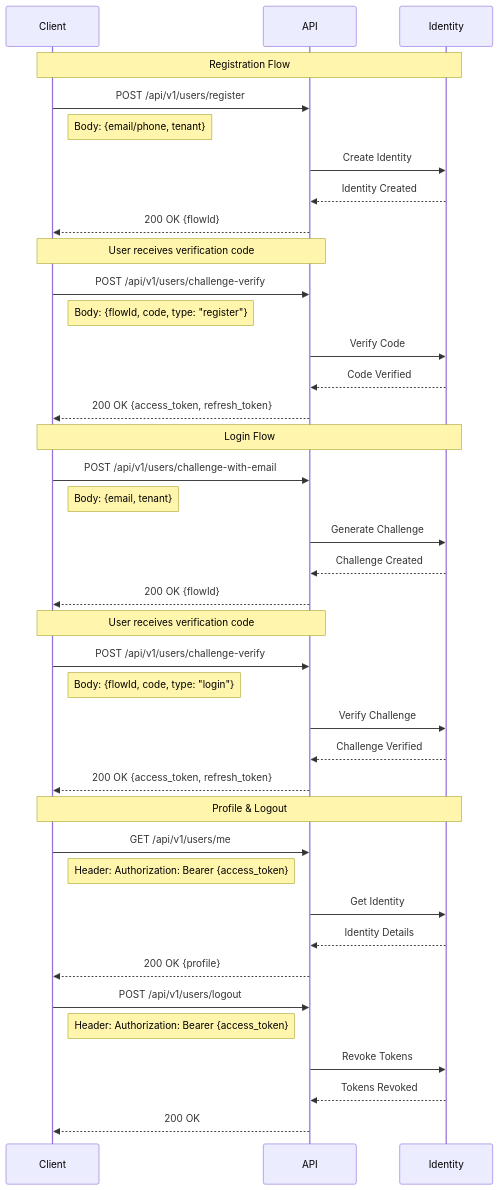
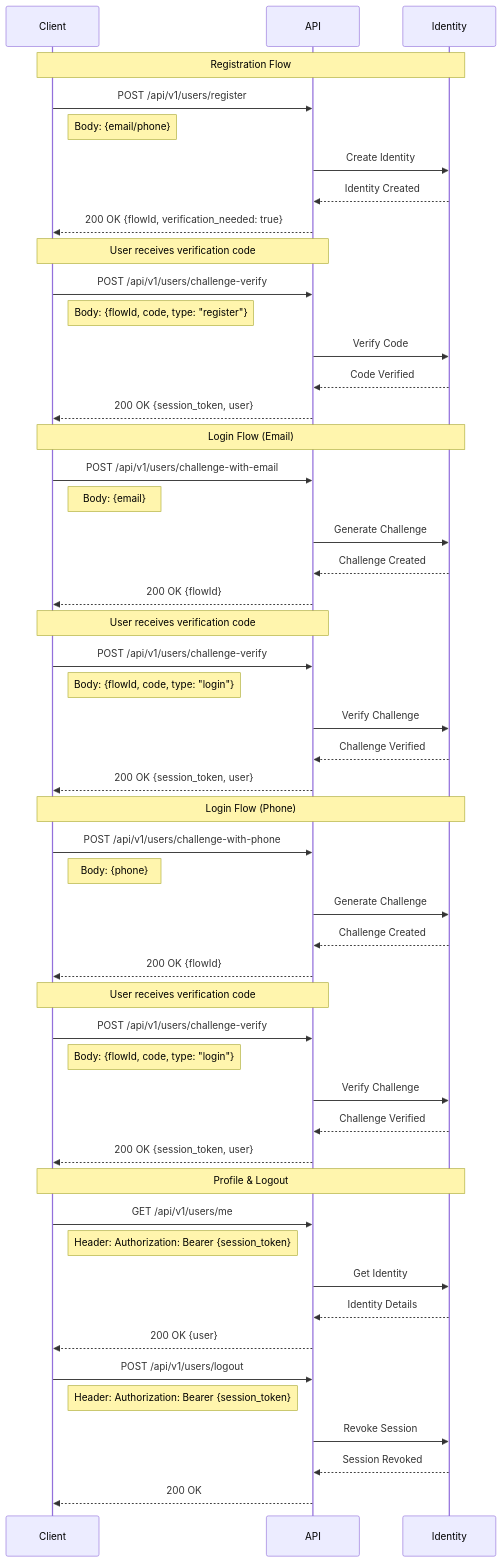
The diagram in dev-docs/Authentication.md (lifenetwork-ai/iam-service), drawn with Mermaid before and after one commit. The commit also changed other lines of this file and 13 other files, not shown here.

````diff
--- a/dev-docs/Authentication.md
+++ b/dev-docs/Authentication.md
@@ -5,44 +5,57 @@
 ```mermaid
 sequenceDiagram
     participant Client
     participant API
     participant Identity
     
     Note over Client,Identity: Registration Flow
     Client->>API: POST /api/v1/users/register
-    Note right of Client: Body: {email/phone, tenant}
+    Note right of Client: Body: {email/phone}
     API->>Identity: Create Identity
     Identity-->>API: Identity Created
-    API-->>Client: 200 OK {flowId}
+    API-->>Client: 200 OK {flowId, verification_needed: true}
     Note over Client,API: User receives verification code
     Client->>API: POST /api/v1/users/challenge-verify
     Note right of Client: Body: {flowId, code, type: "register"}
     API->>Identity: Verify Code
     Identity-->>API: Code Verified
-    API-->>Client: 200 OK {access_token, refresh_token}
+    API-->>Client: 200 OK {session_token, user}
     
-    Note over Client,Identity: Login Flow
+    Note over Client,Identity: Login Flow (Email)
     Client->>API: POST /api/v1/users/challenge-with-email
-    Note right of Client: Body: {email, tenant}
+    Note right of Client: Body: {email}
     API->>Identity: Generate Challenge
     Identity-->>API: Challenge Created
     API-->>Client: 200 OK {flowId}
     Note over Client,API: User receives verification code
     Client->>API: POST /api/v1/users/challenge-verify
     Note right of Client: Body: {flowId, code, type: "login"}
     API->>Identity: Verify Challenge
     Identity-->>API: Challenge Verified
-    API-->>Client: 200 OK {access_token, refresh_token}
+    API-->>Client: 200 OK {session_token, user}
+    
+    Note over Client,Identity: Login Flow (Phone)
+    Client->>API: POST /api/v1/users/challenge-with-phone
+    Note right of Client: Body: {phone}
+    API->>Identity: Generate Challenge
+    Identity-->>API: Challenge Created
+    API-->>Client: 200 OK {flowId}
+    Note over Client,API: User receives verification code
+    Client->>API: POST /api/v1/users/challenge-verify
+    Note right of Client: Body: {flowId, code, type: "login"}
+    API->>Identity: Verify Challenge
+    Identity-->>API: Challenge Verified
+    API-->>Client: 200 OK {session_token, user}
     
     Note over Client,Identity: Profile & Logout
     Client->>API: GET /api/v1/users/me
-    Note right of Client: Header: Authorization: Bearer {access_token}
+    Note right of Client: Header: Authorization: Bearer {session_token}
     API->>Identity: Get Identity
     Identity-->>API: Identity Details
-    API-->>Client: 200 OK {profile}
+    API-->>Client: 200 OK {user}
     Client->>API: POST /api/v1/users/logout
-    Note right of Client: Header: Authorization: Bearer {access_token}
-    API->>Identity: Revoke Tokens
-    Identity-->>API: Tokens Revoked
+    Note right of Client: Header: Authorization: Bearer {session_token}
+    API->>Identity: Revoke Session
+    Identity-->>API: Session Revoked
     API-->>Client: 200 OK
 ```
````
